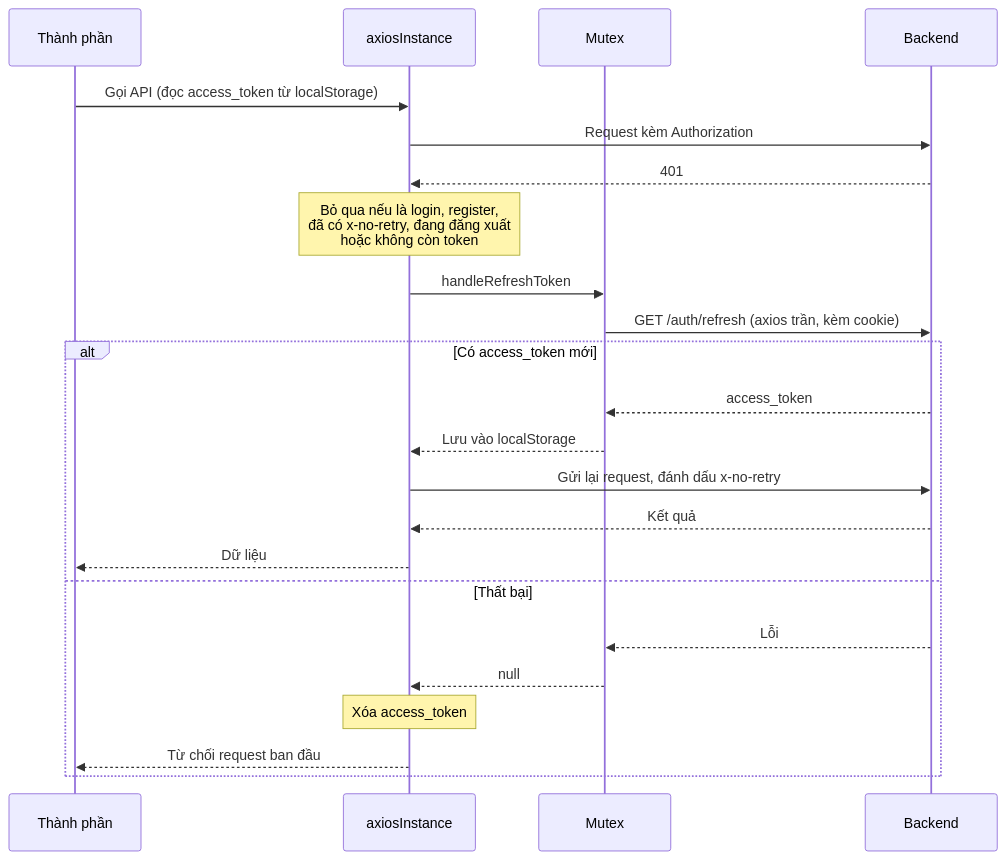
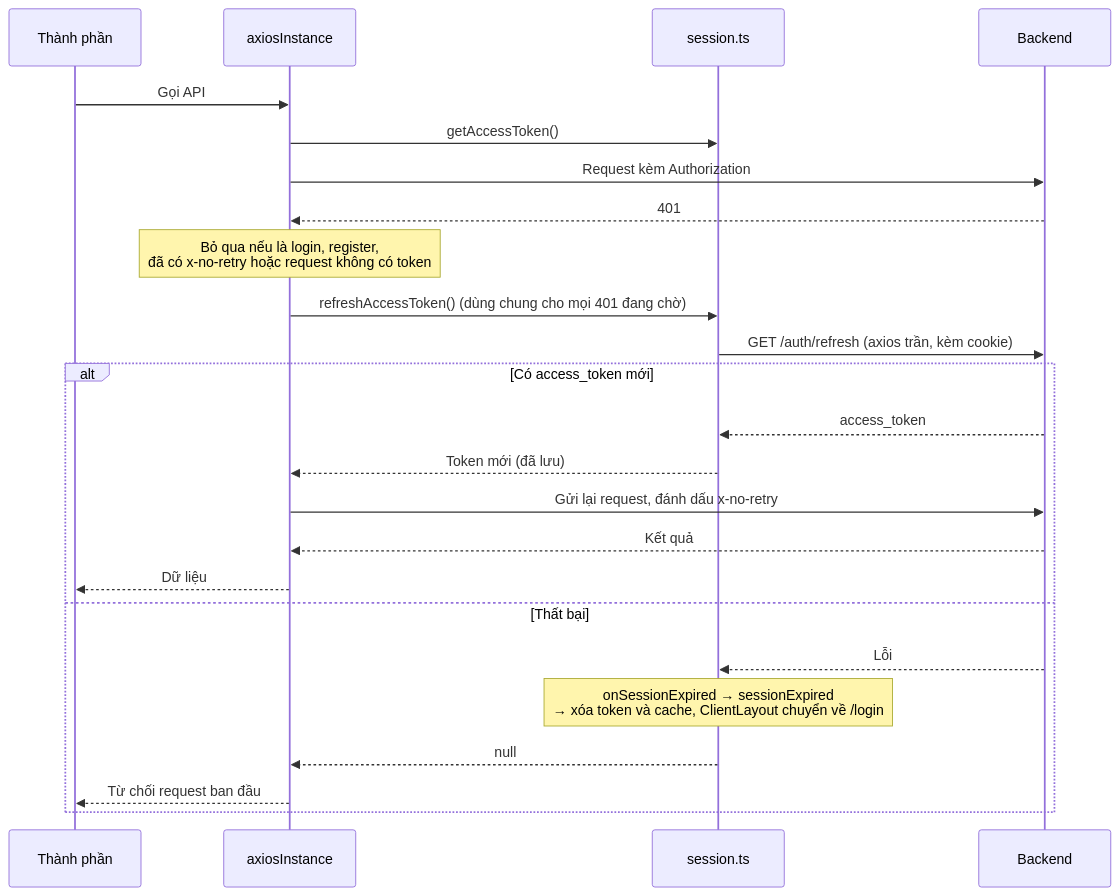
One commit to QuocDuy21-10/it-job-portal-fe changed the second of 2 diagrams in docs/02-architecture/diagrams/data-flow.md. Above: the diagram before and after it, drawn with Mermaid. The commit also changed other lines of this file and 11 other files, not shown here.

First line of the commit message:
docs(auth): describe the session module and single-flight refresh

````diff
--- a/docs/02-architecture/diagrams/data-flow.md
+++ b/docs/02-architecture/diagrams/data-flow.md
@@ -36,26 +36,27 @@
 ```mermaid
 sequenceDiagram
     participant C as Thành phần
     participant A as axiosInstance
-    participant M as Mutex
+    participant S as session.ts
     participant B as Backend
 
-    C->>A: Gọi API (đọc access_token từ localStorage)
+    C->>A: Gọi API
+    A->>S: getAccessToken()
     A->>B: Request kèm Authorization
     B-->>A: 401
-    Note over A: Bỏ qua nếu là login, register,<br/>đã có x-no-retry, đang đăng xuất<br/>hoặc không còn token
-    A->>M: handleRefreshToken
-    M->>B: GET /auth/refresh (axios trần, kèm cookie)
+    Note over A: Bỏ qua nếu là login, register,<br/>đã có x-no-retry hoặc request không có token
+    A->>S: refreshAccessToken() (dùng chung cho mọi 401 đang chờ)
+    S->>B: GET /auth/refresh (axios trần, kèm cookie)
     alt Có access_token mới
-        B-->>M: access_token
-        M-->>A: Lưu vào localStorage
+        B-->>S: access_token
+        S-->>A: Token mới (đã lưu)
         A->>B: Gửi lại request, đánh dấu x-no-retry
         B-->>A: Kết quả
         A-->>C: Dữ liệu
     else Thất bại
-        B-->>M: Lỗi
-        M-->>A: null
-        Note over A: Xóa access_token
+        B-->>S: Lỗi
+        Note over S: onSessionExpired → sessionExpired<br/>→ xóa token và cache, ClientLayout chuyển về /login
+        S-->>A: null
         A-->>C: Từ chối request ban đầu
     end
 ```
````
